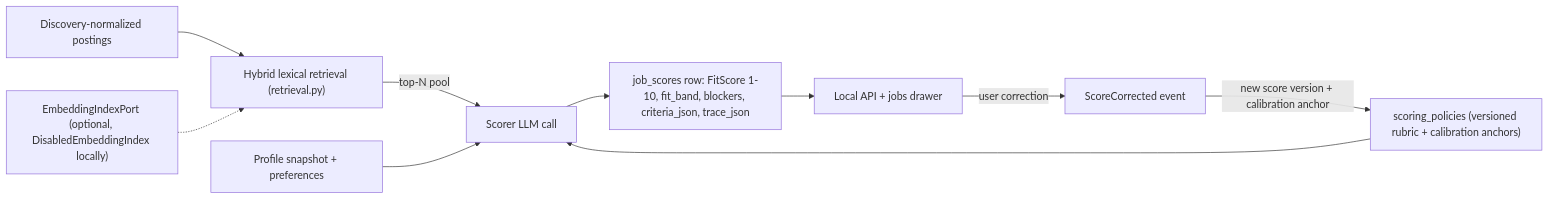
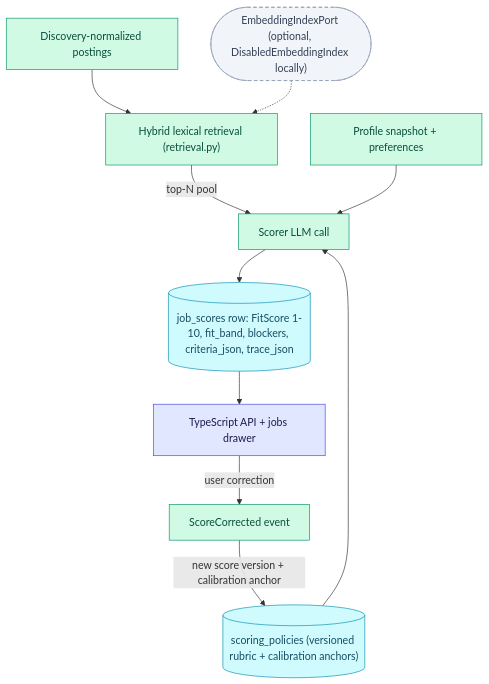
One commit to ebarti/JobCtrl changed the diagram in docs/architecture/scoring.md. Above: the diagram before and after it, drawn with Mermaid. The commit also changed other lines of this file and 57 other files, not shown here.

````diff
--- a/docs/architecture/scoring.md
+++ b/docs/architecture/scoring.md
@@ -9,12 +11,21 @@
 ```mermaid
-flowchart LR
+flowchart TD
     D["Discovery-normalized postings"] --> R["Hybrid lexical retrieval (retrieval.py)"]
-    E["EmbeddingIndexPort (optional, DisabledEmbeddingIndex locally)"] -.-> R
+    E(["EmbeddingIndexPort (optional, DisabledEmbeddingIndex locally)"]) -.-> R
     R -->|"top-N pool"| S["Scorer LLM call"]
-    P["scoring_policies (versioned rubric + calibration anchors)"] --> S
+    P[("scoring_policies (versioned rubric + calibration anchors)")] --> S
     PROF["Profile snapshot + preferences"] --> S
-    S --> ROW["job_scores row: FitScore 1-10, fit_band, blockers, criteria_json, trace_json"]
-    ROW --> UI["Local API + jobs drawer"]
+    S --> ROW[("job_scores row: FitScore 1-10, fit_band, blockers, criteria_json, trace_json")]
+    ROW --> UI["TypeScript API + jobs drawer"]
     UI -->|"user correction"| C["ScoreCorrected event"]
     C -->|"new score version + calibration anchor"| P
+
+    classDef ts fill:#e0e7ff,stroke:#4f46e5,color:#1e1b4b
+    classDef py fill:#d1fae5,stroke:#059669,color:#064e3b
+    classDef store fill:#cffafe,stroke:#0891b2,color:#164e63
+    classDef ext fill:#f1f5f9,stroke:#94a3b8,color:#334155,stroke-dasharray:5 4
+    class D,R,S,PROF,C py
+    class P,ROW store
+    class UI ts
+    class E ext
 ```
````
